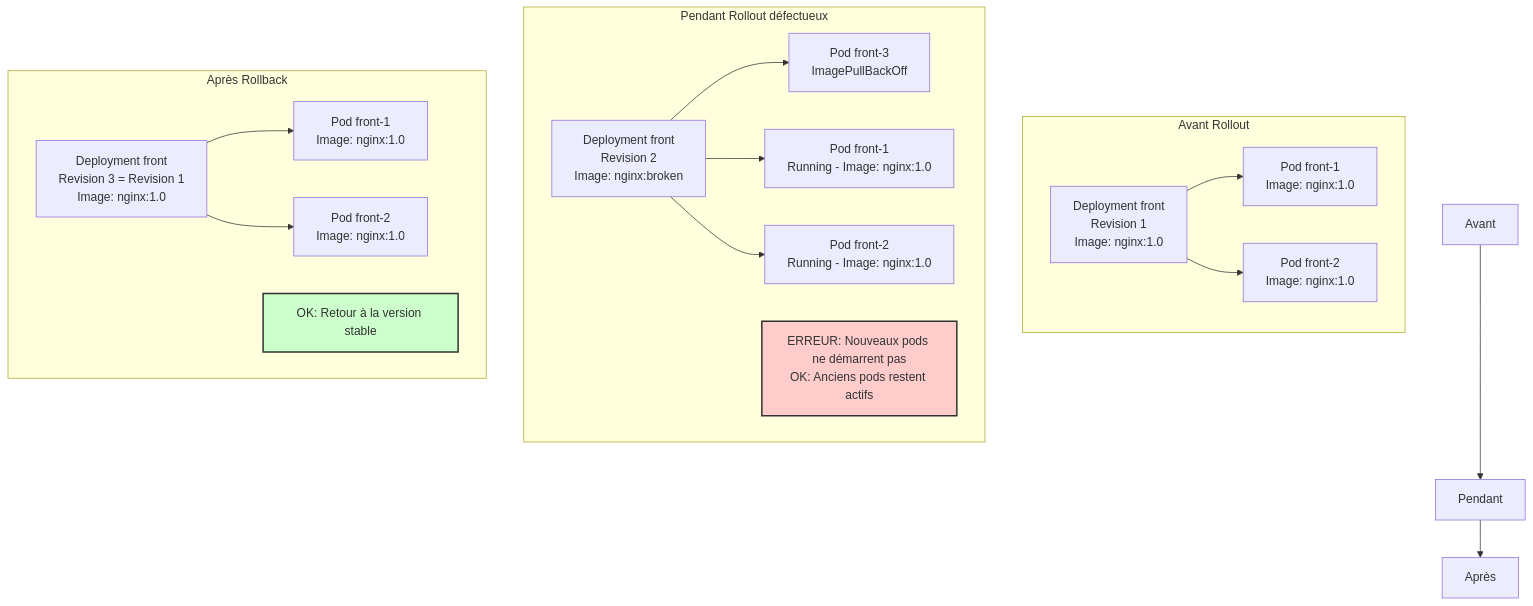
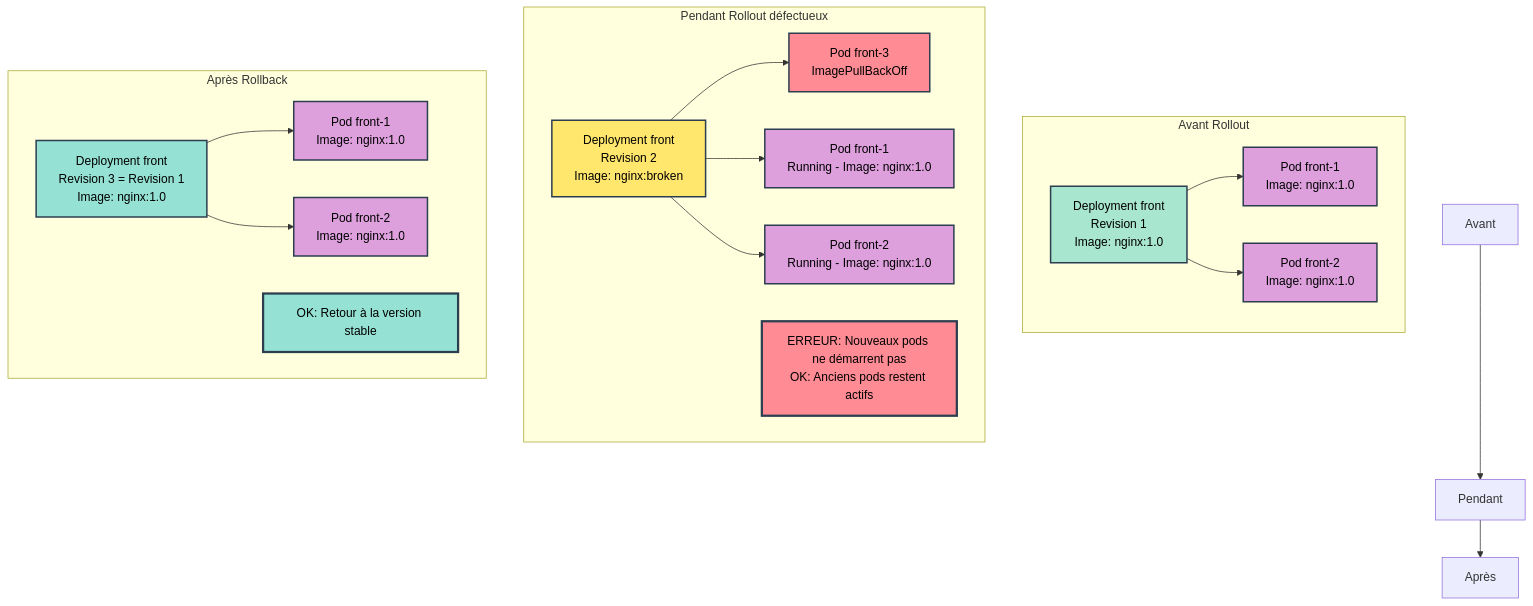
Before and after one commit to MPFabio/S4-Ingress-TLS-Config-Secrets: the eighth of 9 diagrams in docs/ARCHITECTURE.md, drawn with Mermaid. The commit also changed other lines of this file, not shown here.

Commit message:
Modernisation des diagrammes - Palette de couleurs vibrantes

````diff
--- a/docs/ARCHITECTURE.md
+++ b/docs/ARCHITECTURE.md
@@ -269,36 +285,46 @@
 ```mermaid
 flowchart TB
     subgraph Avant Rollout
         D1[Deployment front<br/>Revision 1<br/>Image: nginx:1.0]
         P1[Pod front-1<br/>Image: nginx:1.0]
         P2[Pod front-2<br/>Image: nginx:1.0]
         D1 --> P1
         D1 --> P2
     end
     
     subgraph Pendant Rollout défectueux
         D2[Deployment front<br/>Revision 2<br/>Image: nginx:broken]
         P3[Pod front-3<br/>ImagePullBackOff]
         P4[Pod front-1<br/>Running - Image: nginx:1.0]
         P5[Pod front-2<br/>Running - Image: nginx:1.0]
         D2 --> P3
         D2 --> P4
         D2 --> P5
         Note1[ERREUR: Nouveaux pods ne démarrent pas<br/>OK: Anciens pods restent actifs]
     end
     
     subgraph Après Rollback
         D3[Deployment front<br/>Revision 3 = Revision 1<br/>Image: nginx:1.0]
         P6[Pod front-1<br/>Image: nginx:1.0]
         P7[Pod front-2<br/>Image: nginx:1.0]
         D3 --> P6
         D3 --> P7
         Note2[OK: Retour à la version stable]
     end
     
     Avant --> Pendant
     Pendant --> Après
     
-    style Note1 fill:#fcc,stroke:#333,stroke-width:2px
-    style Note2 fill:#cfc,stroke:#333,stroke-width:2px
+    style Note1 fill:#FF8B94,stroke:#2C3E50,stroke-width:3px,color:#000
+    style Note2 fill:#95E1D3,stroke:#2C3E50,stroke-width:3px,color:#000
+    style D1 fill:#A8E6CF,stroke:#2C3E50,stroke-width:2px,color:#000
+    style D2 fill:#FFE66D,stroke:#2C3E50,stroke-width:2px,color:#000
+    style D3 fill:#95E1D3,stroke:#2C3E50,stroke-width:2px,color:#000
+    style P1 fill:#DDA0DD,stroke:#2C3E50,stroke-width:2px,color:#000
+    style P2 fill:#DDA0DD,stroke:#2C3E50,stroke-width:2px,color:#000
+    style P3 fill:#FF8B94,stroke:#2C3E50,stroke-width:2px,color:#000
+    style P4 fill:#DDA0DD,stroke:#2C3E50,stroke-width:2px,color:#000
+    style P5 fill:#DDA0DD,stroke:#2C3E50,stroke-width:2px,color:#000
+    style P6 fill:#DDA0DD,stroke:#2C3E50,stroke-width:2px,color:#000
+    style P7 fill:#DDA0DD,stroke:#2C3E50,stroke-width:2px,color:#000
 ```
````
